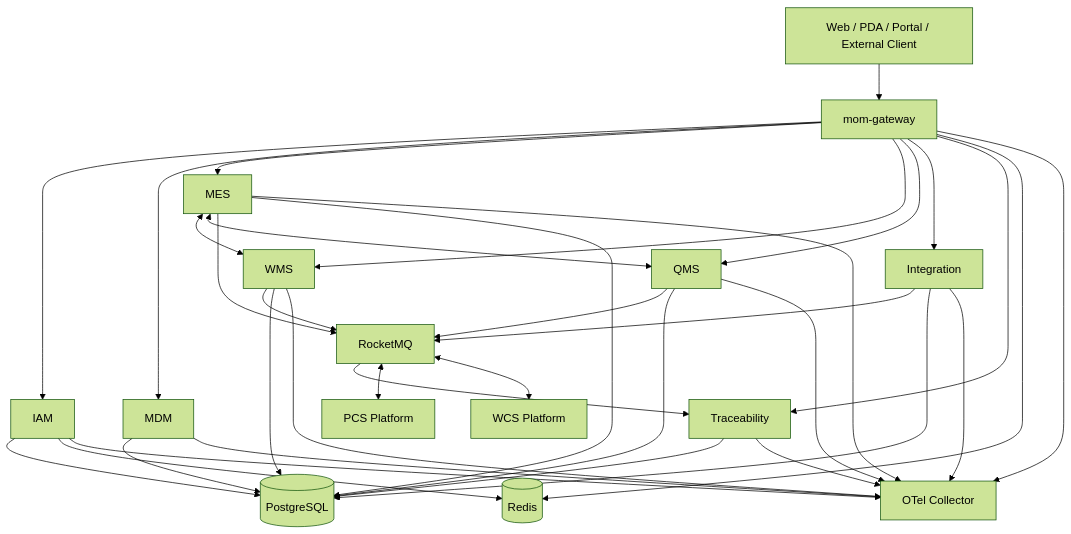
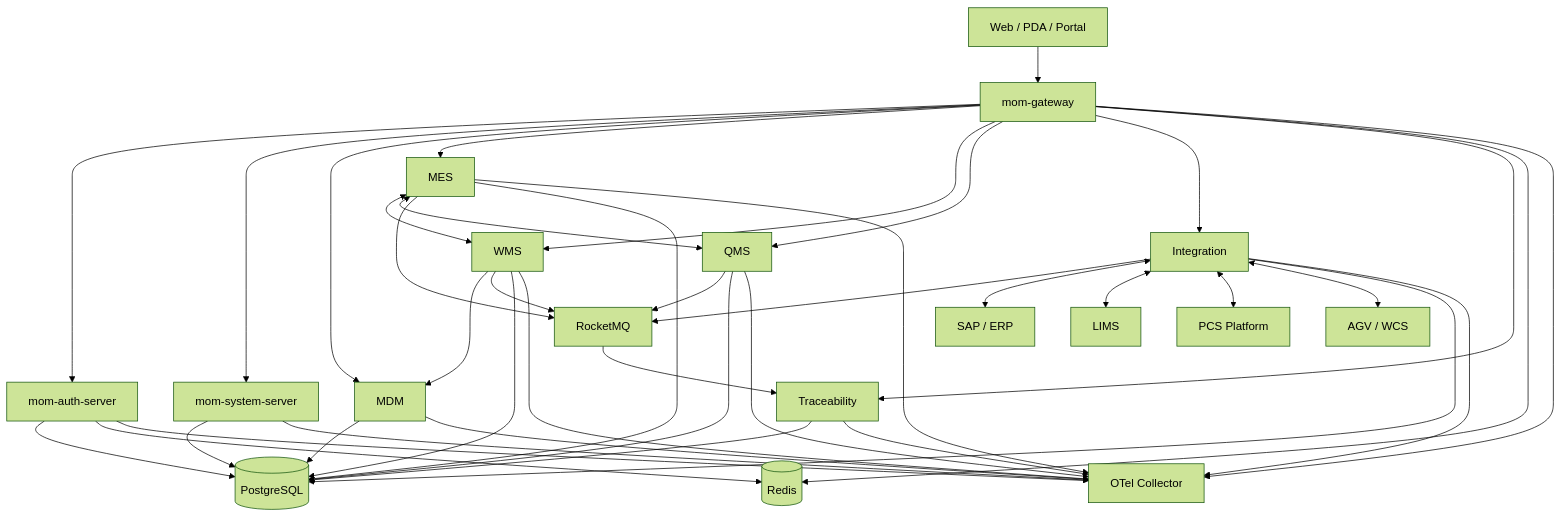
Before and after one commit to Chris-co-shi/mom-platform: the diagram in docs/architecture/服务与容器架构.md, drawn with Mermaid (forest theme). The commit also changed other lines of this file and 6 other files, not shown here.

````diff
--- a/docs/architecture/服务与容器架构.md
+++ b/docs/architecture/服务与容器架构.md
@@ -45,41 +53,49 @@
 ```mermaid
 flowchart TB
-  Client[Web / PDA / Portal / External Client] --> GW[mom-gateway]
-  GW --> IAM[IAM]
+  Client[Web / PDA / Portal] --> GW[mom-gateway]
+  GW --> AUTH[mom-auth-server]
+  GW --> SYS[mom-system-server]
   GW --> MDM[MDM]
   GW --> MES[MES]
   GW --> WMS[WMS]
   GW --> QMS[QMS]
   GW --> INT[Integration]
   GW --> TRACE[Traceability]
 
   MES <--> WMS
   MES <--> QMS
+  WMS --> MDM
+
   INT --> MQ[RocketMQ]
   MES --> MQ
   WMS --> MQ
   QMS --> MQ
   MQ --> TRACE
-  MQ <--> PCS[PCS Platform]
-  MQ <--> WCS[WCS Platform]
 
-  IAM --> PG[(PostgreSQL)]
+  INT <--> SAP[SAP / ERP]
+  INT <--> LIMS[LIMS]
+  INT <--> PCS[PCS Platform]
+  INT <--> AGV[AGV / WCS]
+
+  AUTH --> PG[(PostgreSQL)]
+  SYS --> PG
   MDM --> PG
   MES --> PG
   WMS --> PG
   QMS --> PG
   INT --> PG
   TRACE --> PG
 
-  GW --> REDIS[(Redis)]
-  IAM --> REDIS
+  AUTH --> REDIS[(Redis)]
+  GW --> REDIS
 
   GW --> OTEL[OTel Collector]
-  IAM --> OTEL
+  AUTH --> OTEL
+  SYS --> OTEL
   MDM --> OTEL
   MES --> OTEL
   WMS --> OTEL
   QMS --> OTEL
   INT --> OTEL
   TRACE --> OTEL
 ```
````
